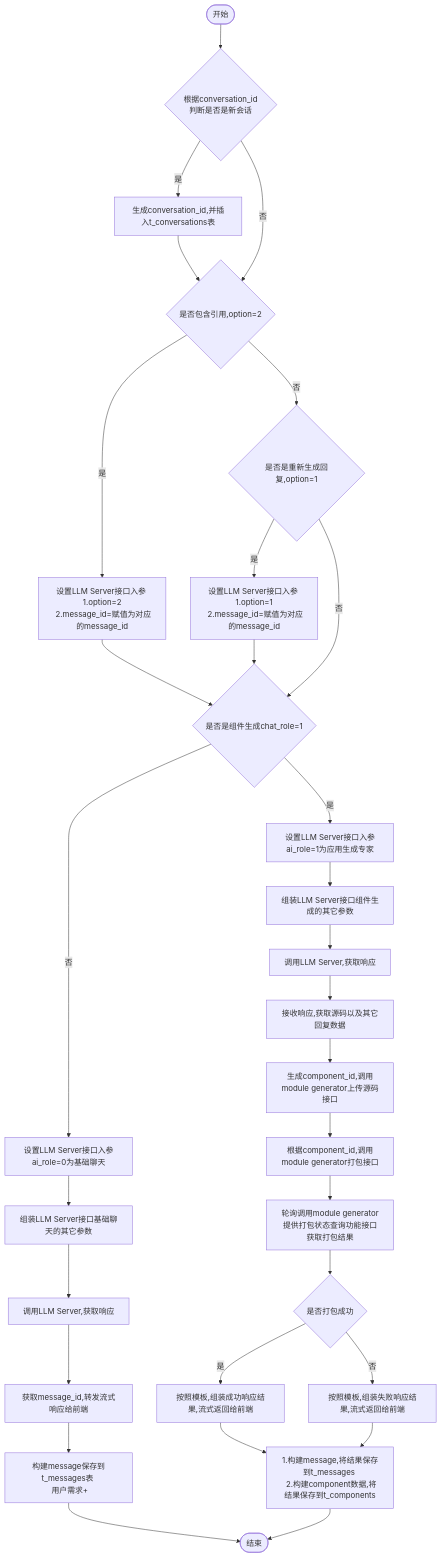
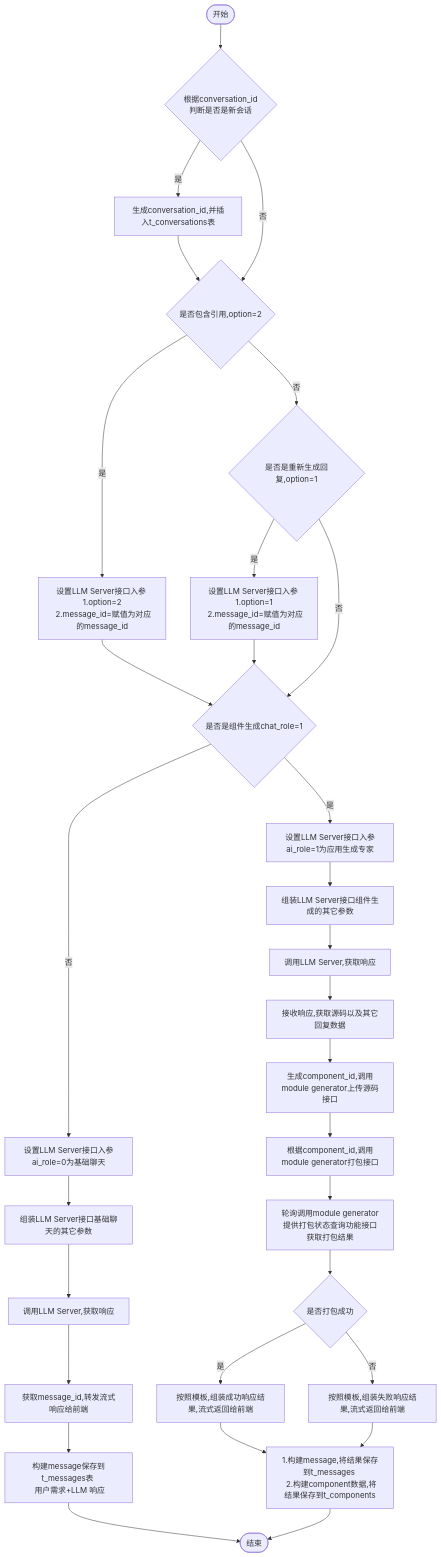
The diagram in all/w3-会话-不需要传递message.md (yingjianzh/iodraw-files), drawn with Mermaid before and after one commit.

Commit message:
2024-10-14 14:04:11 update

````diff
--- a/all/w3-会话-不需要传递message.md
+++ b/all/w3-会话-不需要传递message.md
@@ -1,36 +1,36 @@
 ```mermaid
 flowchart TD
     A([开始]) --> B{根据conversation_id \n 判断是否是新会话}
     B -- 是 --> C[生成conversation_id,并插入t_conversations表]
     C --> D
     B -- 否 --> D{是否包含引用,option=2}
     D -- 是 --> E[设置LLM Server接口入参 \n 1.option=2 \n 2.message_id=赋值为对应的message_id]
     D -- 否 --> F{是否是重新生成回复,option=1}
     F -- 是 --> G[设置LLM Server接口入参 \n 1.option=1 \n 2.message_id=赋值为对应的message_id]
     F -- 否 --> I
      
     E & G --> I{是否是组件生成chat_role=1}
     I -- 否 --> K[设置LLM Server接口入参ai_role=0为基础聊天]
     I -- 是 --> J[设置LLM Server接口入参ai_role=1为应用生成专家]
     
 
     J --> L[组装LLM Server接口组件生成的其它参数]    
     K --> M[组装LLM Server接口基础聊天的其它参数]    
     M --> N[调用LLM Server,获取响应]    
     N --> O[获取message_id,转发流式响应给前端]
-    O --> P[构建message保存到t_messages表 \n 用户需求+]
+    O --> P[构建message保存到t_messages表 \n 用户需求+LLM 响应]
     P --> R([结束])
 
 
     L --> S[调用LLM Server,获取响应]
     S --> T[接收响应,获取源码以及其它回复数据]
     T --> U[生成component_id,调用module generator上传源码接口]
     U --> V[根据component_id,调用module generator打包接口]
     V --> W[轮询调用module generator提供打包状态查询功能接口获取打包结果]
     W --> X{是否打包成功}
     X -- 是 --> Y[按照模板,组装成功响应结果,流式返回给前端]
     X -- 否 --> Z[按照模板,组装失败响应结果,流式返回给前端]
 
     Y & Z --> Result[1.构建message,将结果保存到t_messages \n 2.构建component数据,将结果保存到t_components]
     Result --> R
 ```
````
